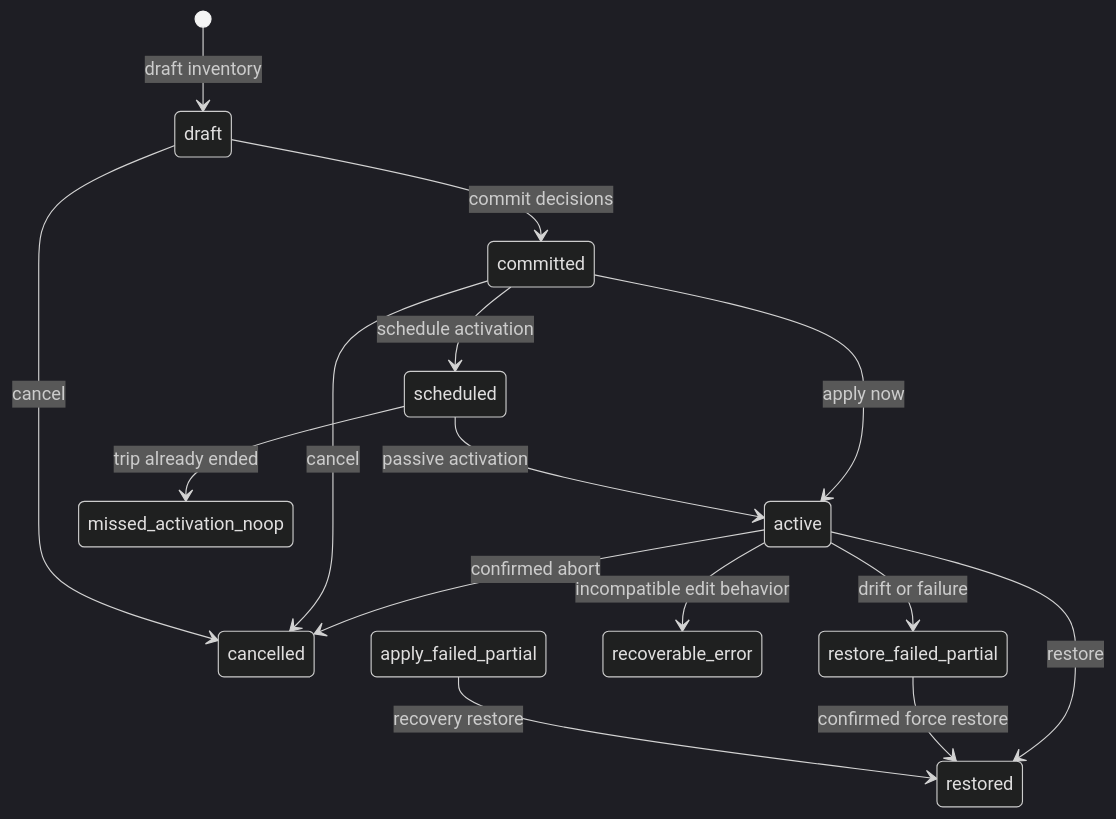
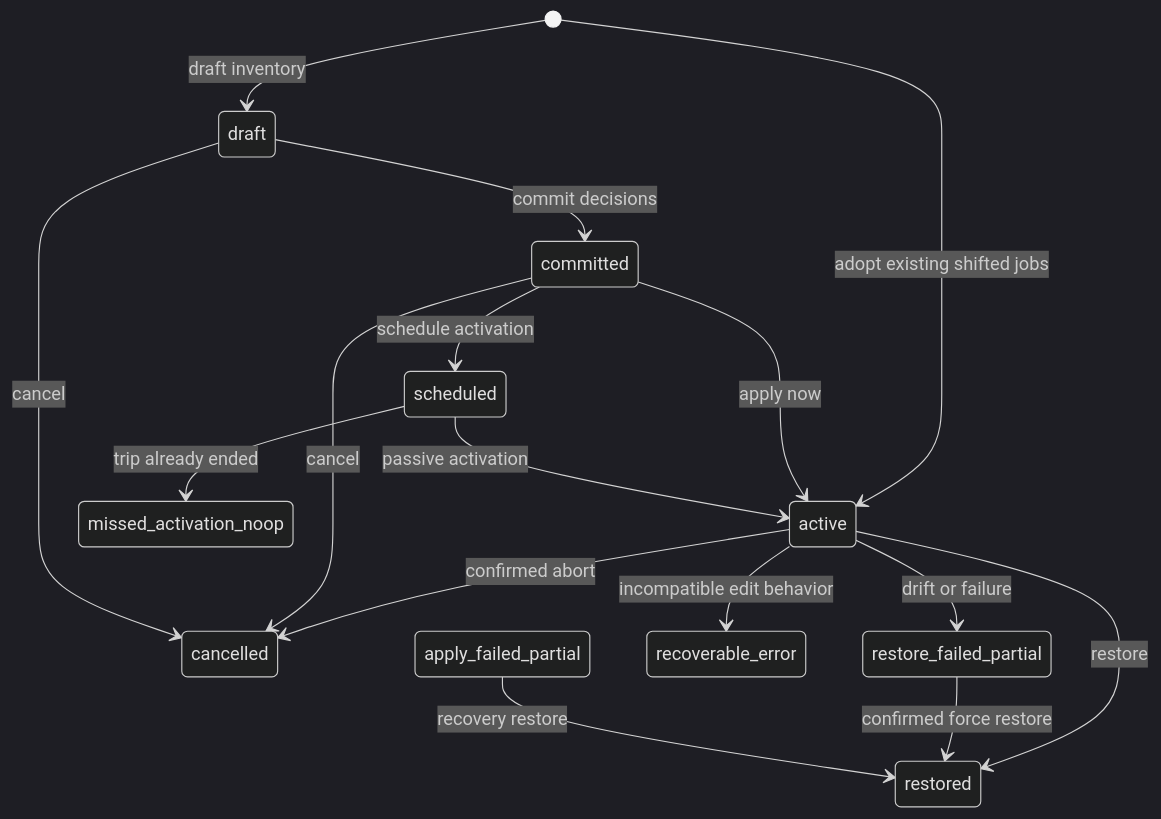
The diagram in docs/architecture.md (lenpr/cron-travel-mode), drawn with Mermaid (dark theme) before and after one commit. The commit also changed other lines of this file and 4 other files, not shown here.

````diff
--- a/docs/architecture.md
+++ b/docs/architecture.md
@@ -26,17 +26,18 @@
 ```mermaid
 stateDiagram-v2
   [*] --> draft: draft inventory
   draft --> committed: commit decisions
+  [*] --> active: adopt existing shifted jobs
   committed --> scheduled: schedule activation
   committed --> active: apply now
   scheduled --> active: passive activation
   scheduled --> missed_activation_noop: trip already ended
   active --> restored: restore
   active --> cancelled: confirmed abort
   active --> restore_failed_partial: drift or failure
   committed --> cancelled: cancel
   draft --> cancelled: cancel
   active --> recoverable_error: incompatible edit behavior
   restore_failed_partial --> restored: confirmed force restore
   apply_failed_partial --> restored: recovery restore
 ```
````
